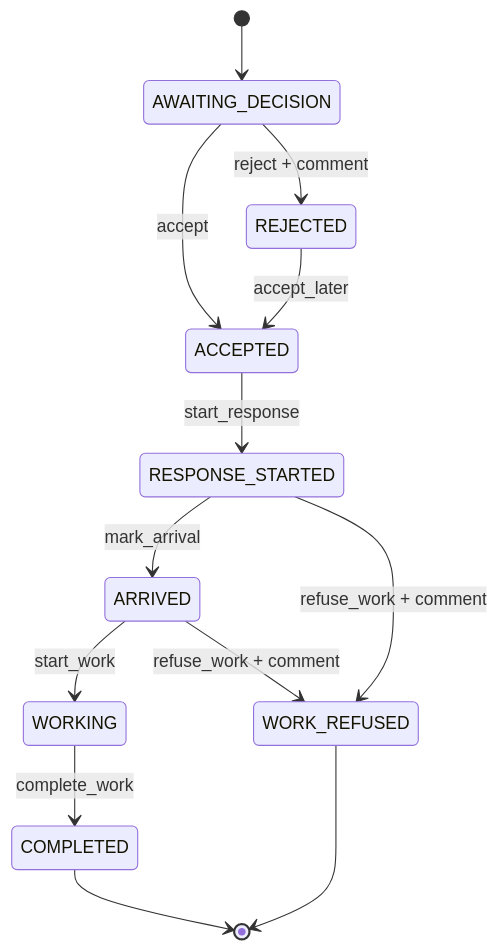
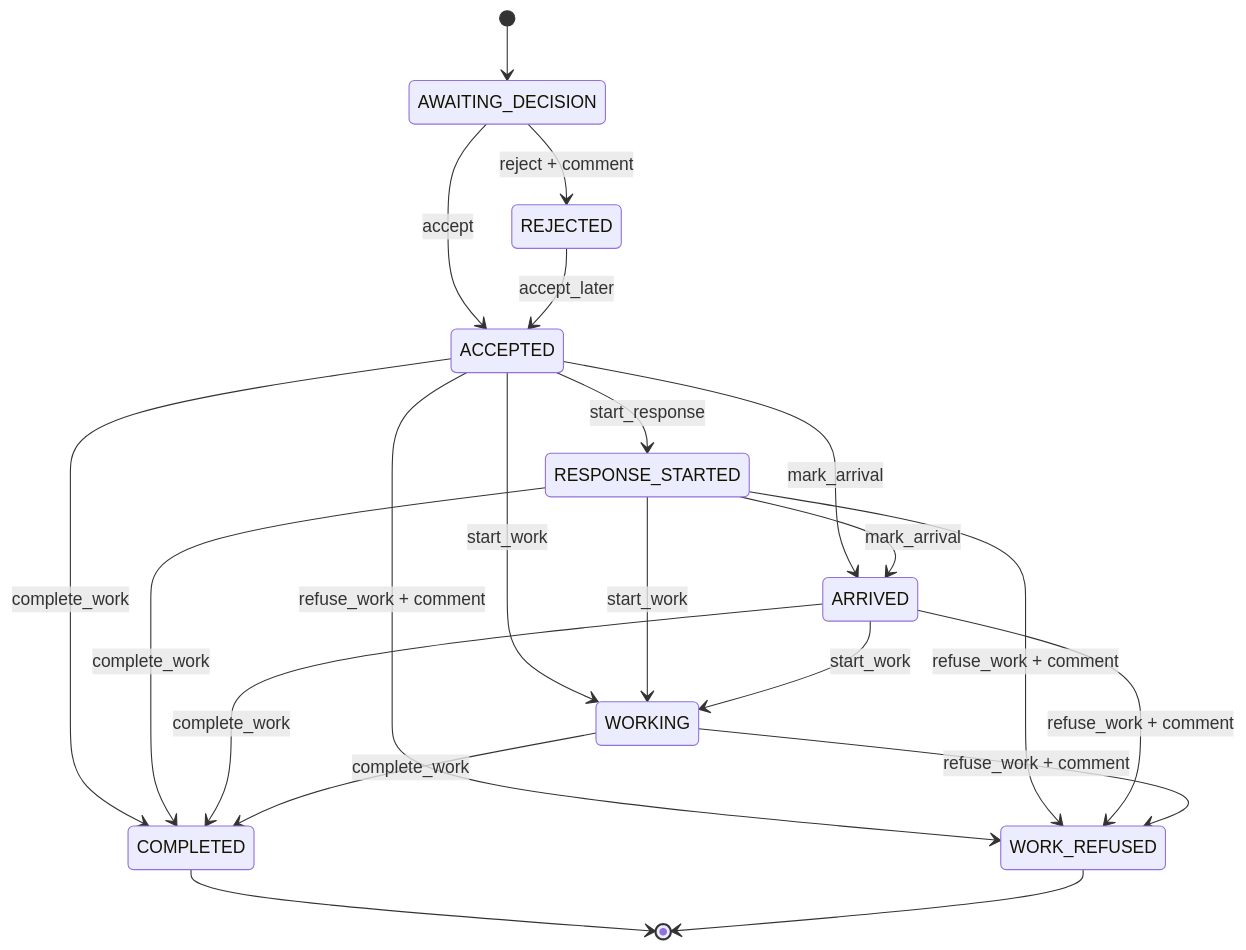
Before and after one commit to alex-indi/training-simulator-112: the fourth of 5 diagrams in docs/state-machines.md, drawn with Mermaid. The commit also changed other lines of this file and 8 other files, not shown here.

````diff
--- a/docs/state-machines.md
+++ b/docs/state-machines.md
@@ -221,20 +272,30 @@
 ```mermaid
 stateDiagram-v2
     [*] --> AWAITING_DECISION
 
     AWAITING_DECISION --> ACCEPTED: accept
     AWAITING_DECISION --> REJECTED: reject + comment
 
     REJECTED --> ACCEPTED: accept_later
 
     ACCEPTED --> RESPONSE_STARTED: start_response
+    ACCEPTED --> ARRIVED: mark_arrival
+    ACCEPTED --> WORKING: start_work
+    ACCEPTED --> COMPLETED: complete_work
+    ACCEPTED --> WORK_REFUSED: refuse_work + comment
+
     RESPONSE_STARTED --> ARRIVED: mark_arrival
+    RESPONSE_STARTED --> WORKING: start_work
+    RESPONSE_STARTED --> COMPLETED: complete_work
+    RESPONSE_STARTED --> WORK_REFUSED: refuse_work + comment
+
     ARRIVED --> WORKING: start_work
+    ARRIVED --> COMPLETED: complete_work
+    ARRIVED --> WORK_REFUSED: refuse_work + comment
+
     WORKING --> COMPLETED: complete_work
-
-    RESPONSE_STARTED --> WORK_REFUSED: refuse_work + comment
-    ARRIVED --> WORK_REFUSED: refuse_work + comment
+    WORKING --> WORK_REFUSED: refuse_work + comment
 
     COMPLETED --> [*]
     WORK_REFUSED --> [*]
 ```
````
